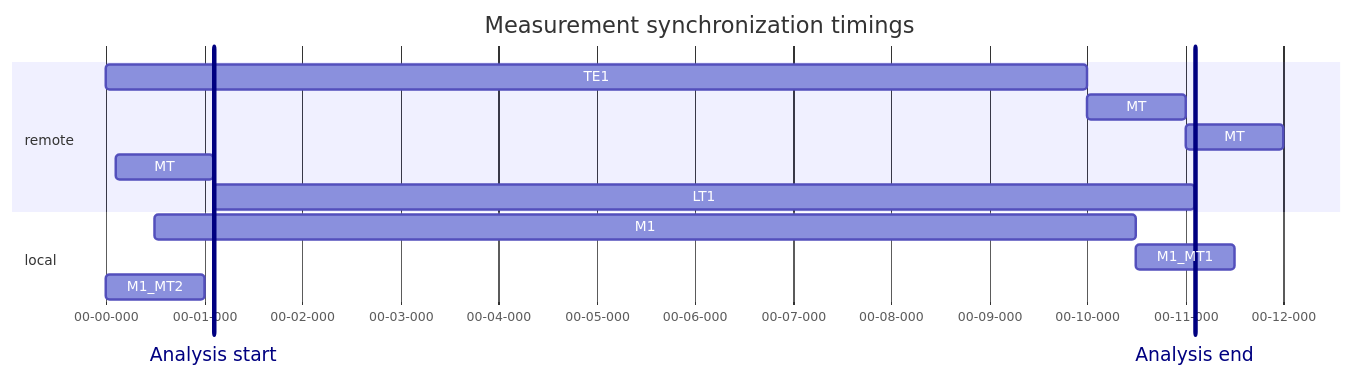
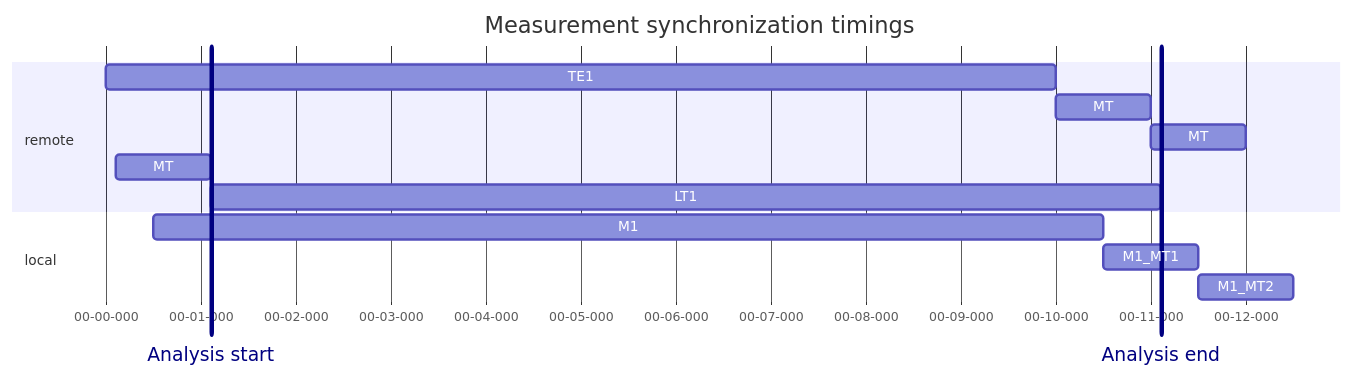
The second of 2 diagrams in Documents/test.md (nickdante8/rt-kernel), drawn with Mermaid before and after one commit. The commit also changed 7 other files, not shown here.

````diff
--- a/Documents/test.md
+++ b/Documents/test.md
@@ -26,23 +26,23 @@
 ```mermaid
 gantt
     title Measurement synchronization timings 
     %% This is a comment
     axisFormat %M-%S-%L
     dateFormat mm-ss-SSS
     %% mtx - stands for margine time,
     %%       where x is an iterator
     %% ry_mtx - remote margine time
     %% ly_mtx - local margine time
     section remote
         TE1 :rte1, 00-00-000, 10s
         MT  :rte_mt1, after rte1, 1s
         MT  :rte_mt2, after rte_mt1, 1s
         MT  :rlt_mt1, 00-00-100, 1s
         LT1 :rlt1, after rlt_mt1, 10s
     section local
         M1  :lm1, 00-00-500, 10s
         M1_MT1  :lm_mt1, after lm1, 1s
-        M1_MT2  :after lmt1, 1s
+        M1_MT2  :after lm_mt1, 1s
     Analysis start   : vert, v1, after rlt_mt1, 1s
     Analysis end     : vert, v2, after rlt1, 1s
 ```
````
